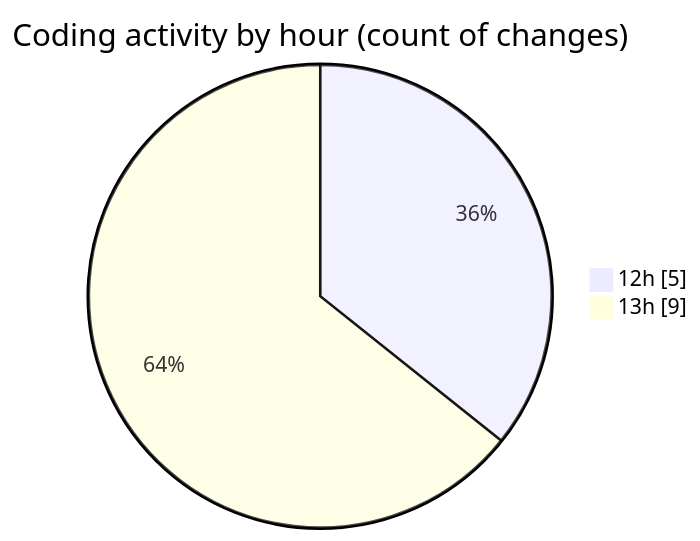
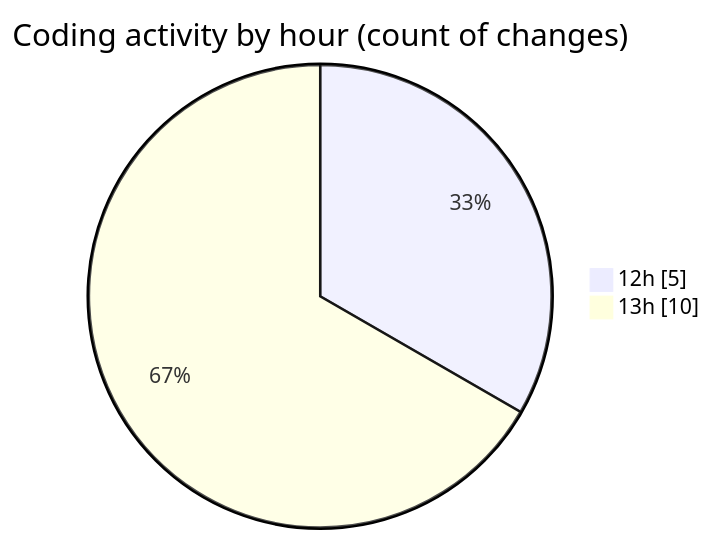
The second of 2 diagrams in 2026-04-17/airfeed-analytics-dashboard/README.md (nxtqubesakshisongat/code-tracking), drawn with Mermaid before and after one commit. The commit also changed other lines of this file and 1 other file, not shown here.

````diff
--- a/2026-04-17/airfeed-analytics-dashboard/README.md
+++ b/2026-04-17/airfeed-analytics-dashboard/README.md
@@ -31,6 +31,6 @@
 ```mermaid
 pie showData
 title Coding activity by hour (count of changes)
 "12h" : 5
-"13h" : 9
+"13h" : 10
 ```
````
